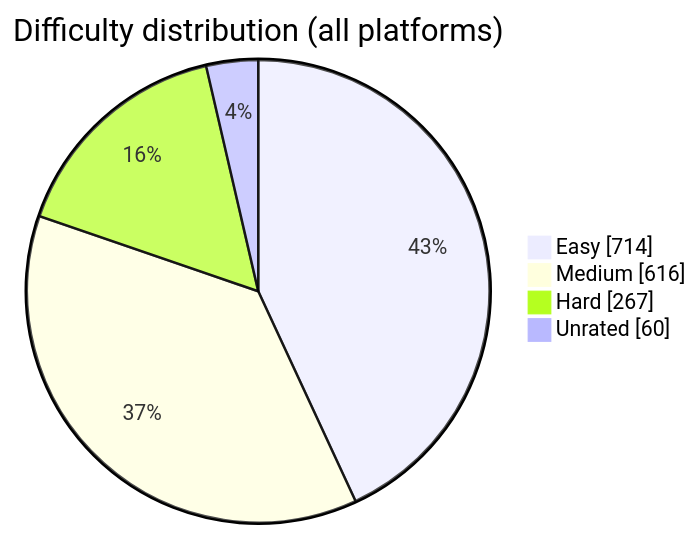
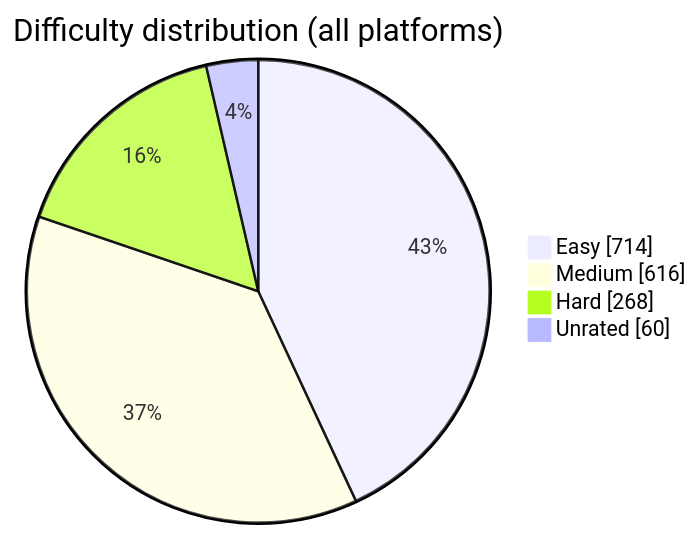
The diagram in README.md (BuildbyArindam/Daily-Coding-Log), drawn with Mermaid before and after one commit. The commit also changed other lines of this file, not shown here.

````diff
--- a/README.md
+++ b/README.md
@@ -93,7 +93,7 @@
 ```mermaid
 pie showData title Difficulty distribution (all platforms)
     "Easy" : 714
     "Medium" : 616
-    "Hard" : 267
+    "Hard" : 268
     "Unrated" : 60
 ```
````
